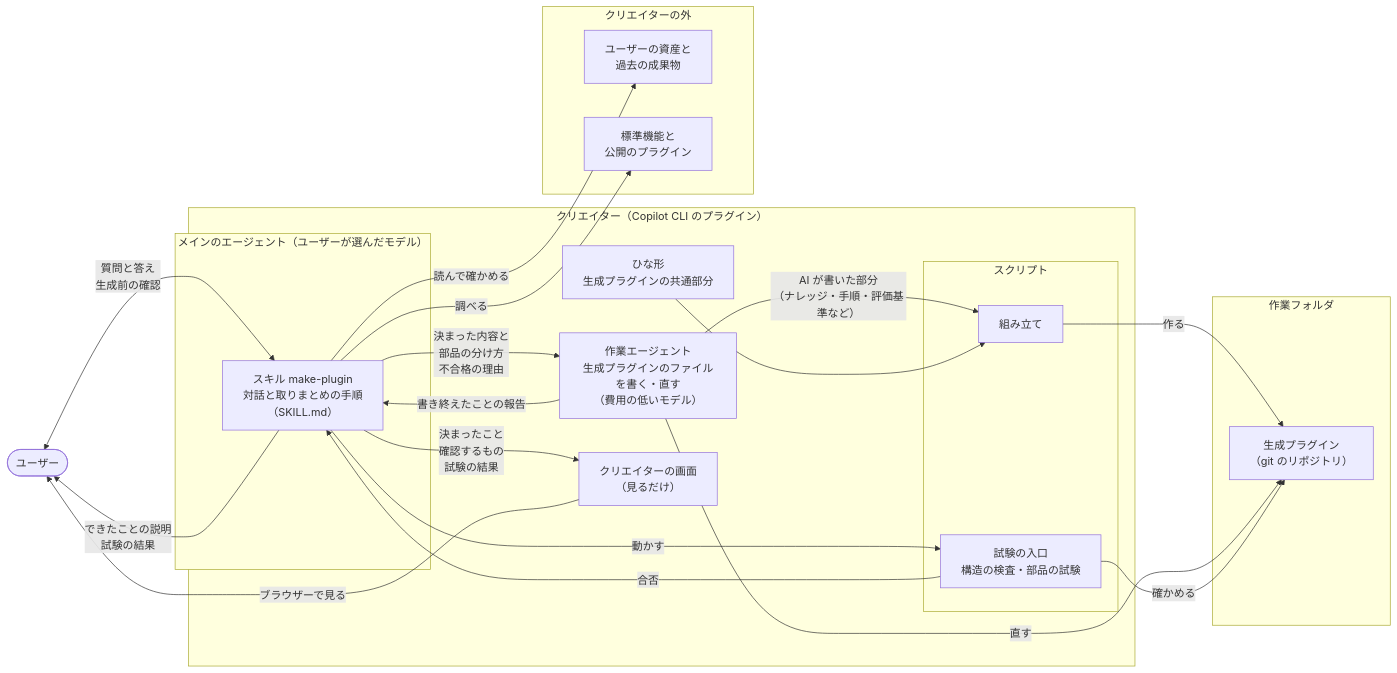
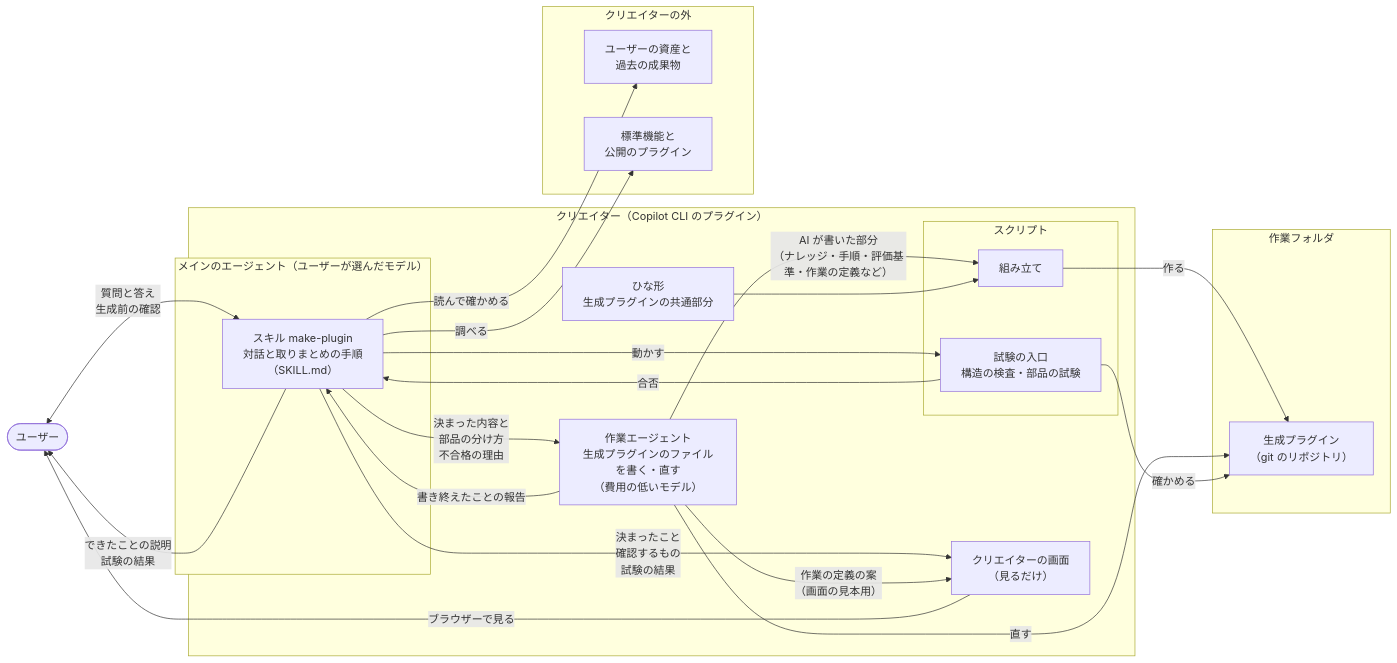
Before and after one commit to imaeda-hub/plugin-creater: the first of 2 diagrams in docs/design/creator-structure.md, drawn with Mermaid. The commit also changed other lines of this file and 2 other files, not shown here.

````diff
--- a/docs/design/creator-structure.md
+++ b/docs/design/creator-structure.md
@@ -9,42 +9,43 @@
 ```mermaid
 flowchart LR
   user(["ユーザー"])
 
   subgraph creator["クリエイター（Copilot CLI のプラグイン）"]
     subgraph main["メインのエージェント（ユーザーが選んだモデル）"]
       skill["スキル make-plugin<br/>対話と取りまとめの手順<br/>（SKILL.md）"]
     end
     worker["作業エージェント<br/>生成プラグインのファイルを書く・直す<br/>（費用の低いモデル）"]
     subgraph scripts["スクリプト"]
       scaffold["組み立て"]
       entry["試験の入口<br/>構造の検査・部品の試験"]
     end
     template["ひな形<br/>生成プラグインの共通部分"]
     screen["クリエイターの画面<br/>（見るだけ）"]
   end
 
   subgraph outside["クリエイターの外"]
     files["ユーザーの資産と<br/>過去の成果物"]
     oss["標準機能と<br/>公開のプラグイン"]
   end
 
   subgraph out["作業フォルダ"]
     gen["生成プラグイン<br/>（git のリポジトリ）"]
   end
 
   user <-->|"質問と答え<br/>生成前の確認"| skill
   skill -->|"読んで確かめる"| files
   skill -->|"調べる"| oss
   skill -->|"決まったこと<br/>確認するもの<br/>試験の結果"| screen
   screen -->|"ブラウザーで見る"| user
   skill -->|"決まった内容と<br/>部品の分け方<br/>不合格の理由"| worker
   worker -->|"書き終えたことの報告"| skill
-  worker -->|"AI が書いた部分<br/>（ナレッジ・手順・評価基準など）"| scaffold
+  worker -->|"AI が書いた部分<br/>（ナレッジ・手順・評価基準・作業の定義など）"| scaffold
+  worker -->|"作業の定義の案<br/>（画面の見本用）"| screen
   template --> scaffold
   scaffold -->|"作る"| gen
   worker -->|"直す"| gen
   skill -->|"動かす"| entry
   entry -->|"確かめる"| gen
   entry -->|"合否"| skill
   skill -->|"できたことの説明<br/>試験の結果"| user
 ```
````
